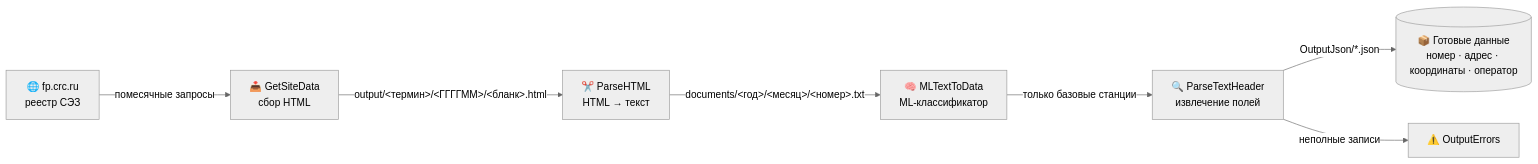
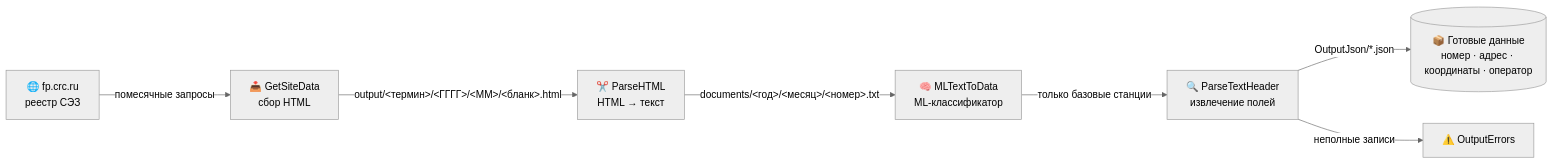
Before and after one commit to akprof2000/Get-data-from-fp.crc.ru: the first of 4 diagrams in README.md, drawn with Mermaid (neutral theme). The commit also changed other lines of this file and 3 other files, not shown here.

First line of the commit message:
Раскладка выгрузки <термин>/<ГГГГ>/<ММ>; загрузчик JSON в ClickHouse

````diff
--- a/README.md
+++ b/README.md
@@ -11,9 +11,9 @@
 ```mermaid
 flowchart LR
     A[🌐 fp.crc.ru<br>реестр СЭЗ] -->|помесячные запросы| B[📥 GetSiteData<br>сбор HTML]
-    B -->|"output/&lt;термин&gt;/&lt;ГГГГММ&gt;/&lt;бланк&gt;.html"| C[✂️ ParseHTML<br>HTML → текст]
+    B -->|"output/&lt;термин&gt;/&lt;ГГГГ&gt;/&lt;ММ&gt;/&lt;бланк&gt;.html"| C[✂️ ParseHTML<br>HTML → текст]
     C -->|"documents/&lt;год&gt;/&lt;месяц&gt;/&lt;номер&gt;.txt"| D[🧠 MLTextToData<br>ML-классификатор]
     D -->|только базовые станции| E[🔍 ParseTextHeader<br>извлечение полей]
     E -->|"OutputJson/*.json"| F[(📦 Готовые данные<br>номер · адрес · координаты · оператор)]
     E -->|неполные записи| G[⚠️ OutputErrors]
 ```
````
